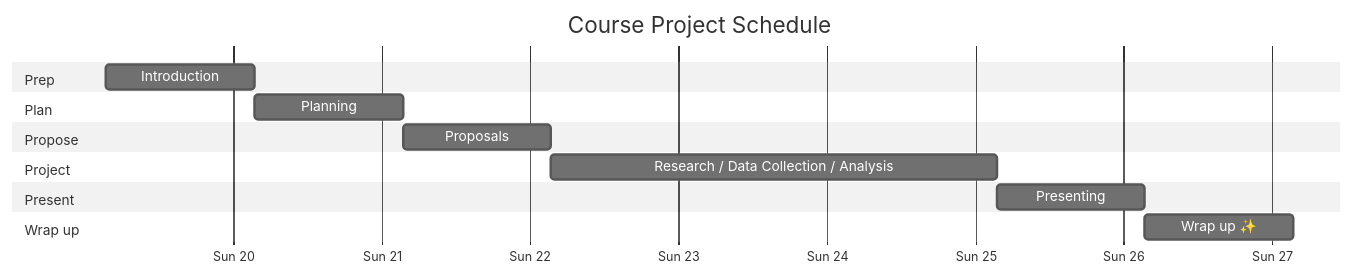
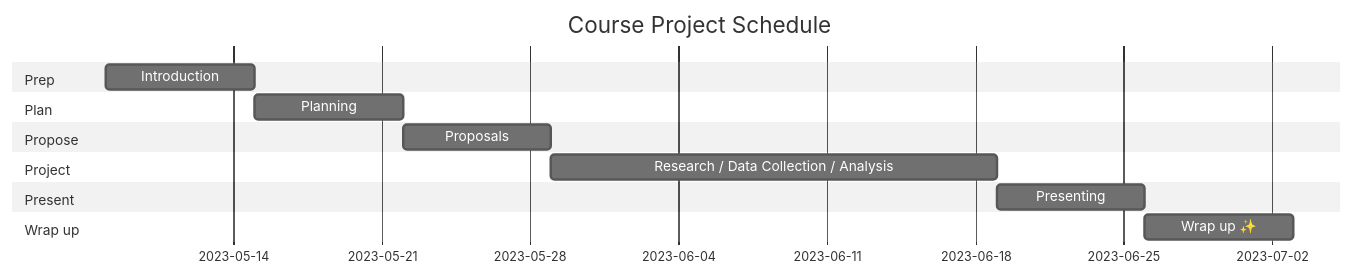
The diagram in README.md (HumanMovementNeuroscience/course_2023-05_summer), drawn with Mermaid (neutral theme) before and after one commit. The commit also changed other lines of this file and 6 other files, not shown here.

````diff
--- a/README.md
+++ b/README.md
@@ -21,25 +25,24 @@
 ```mermaid
 gantt
     dateFormat  YYYY-MM-DD
     title Course Project Schedule
-    axisFormat %a %U
-    
+
     section Prep
     Introduction            :2023-05-08, 7d
 
     section Plan
     Planning                :2023-05-15, 7d
 
     section Propose
     Proposals               :2023-05-22, 7d
 
     section Project
     Research / Data Collection / Analysis :2023-05-29, 21d
 
     section Present
     Presenting              :2023-06-19, 7d
 
     section Wrap up
     Wrap up ✨               :2023-06-26, 7d
 
 ```
````
